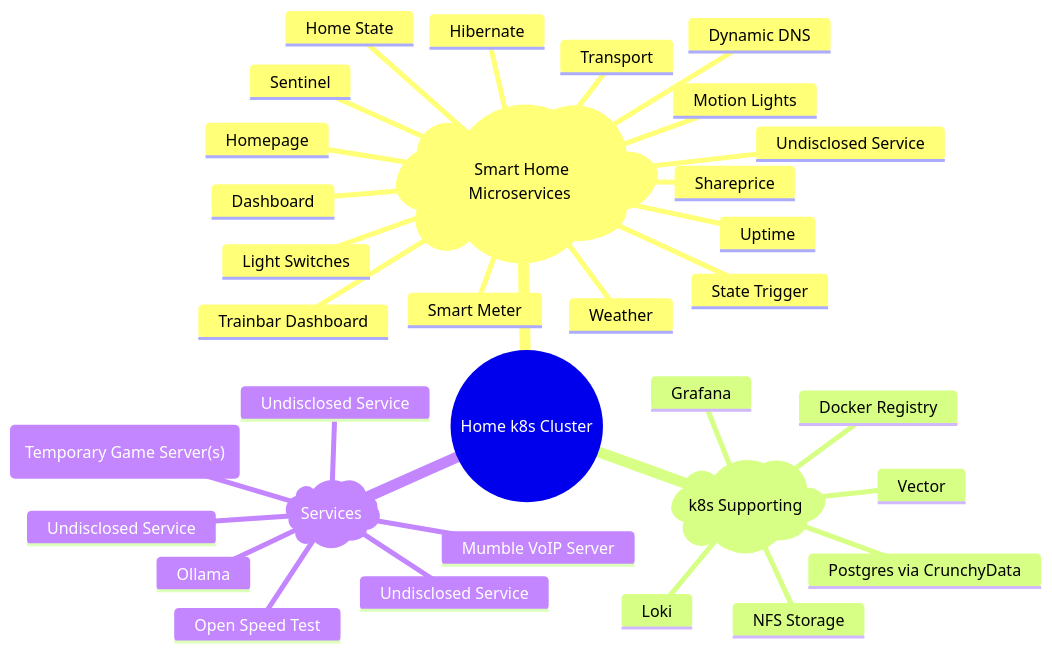
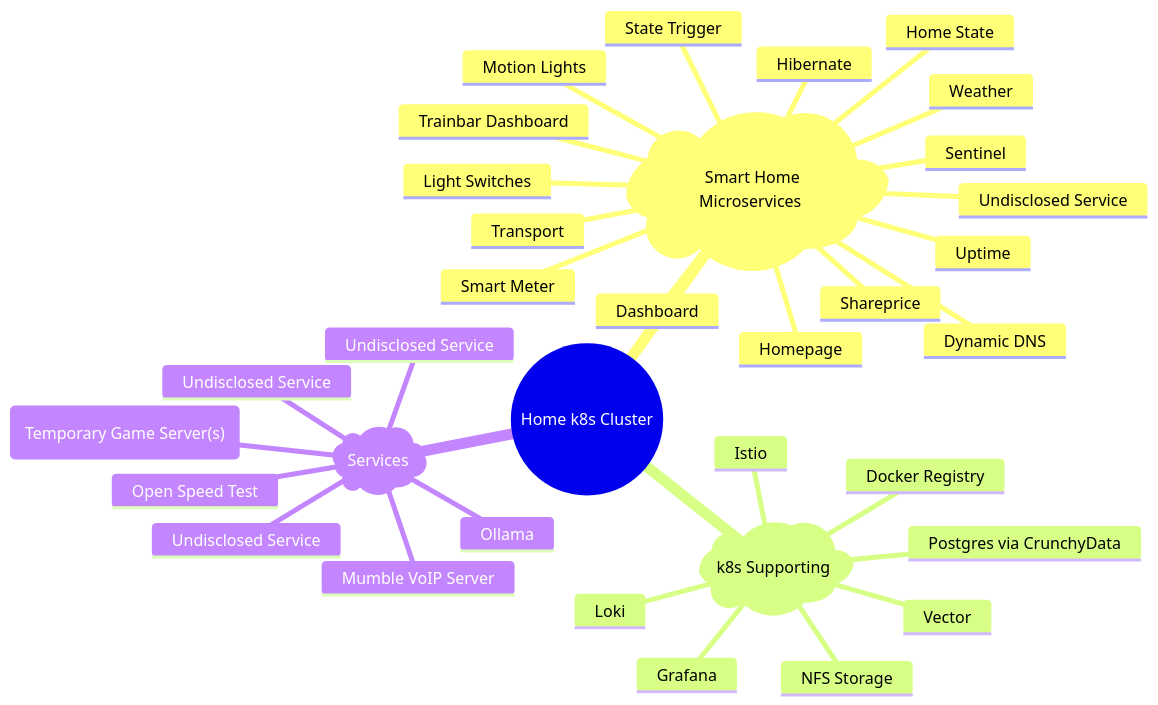
The first of 3 diagrams in content/blog/2025-12-09-smart-home-rebuild/_index.md (marcuscraske/marcuscraske-dot-com), drawn with Mermaid before and after one commit. The commit also changed other lines of this file, not shown here.

`````diff
--- a/content/blog/2025-12-09-smart-home-rebuild/_index.md
+++ b/content/blog/2025-12-09-smart-home-rebuild/_index.md
@@ -30,36 +32,37 @@
 ````mermaid
 mindmap
   root((Home k8s Cluster))
     sh) Smart Home Microservices (
         Dashboard
         Dynamic DNS
         Home State
         Homepage
         Shareprice
         Undisclosed Service
         Trainbar Dashboard
         Uptime
         Weather
         Hibernate
         Light Switches
         Motion Lights
         State Trigger
         Smart Meter
         Sentinel
         Transport
     sup) k8s Supporting (
         Docker Registry
         Postgres via CrunchyData
         NFS Storage
         Vector
         Grafana
         Loki
+        Istio
     svc) Services (
         Mumble VoIP Server
         Undisclosed Service
         Undisclosed Service
         Undisclosed Service
         Open Speed Test
         Ollama
         tmp("Temporary Game Server(s)")
 ````
`````
